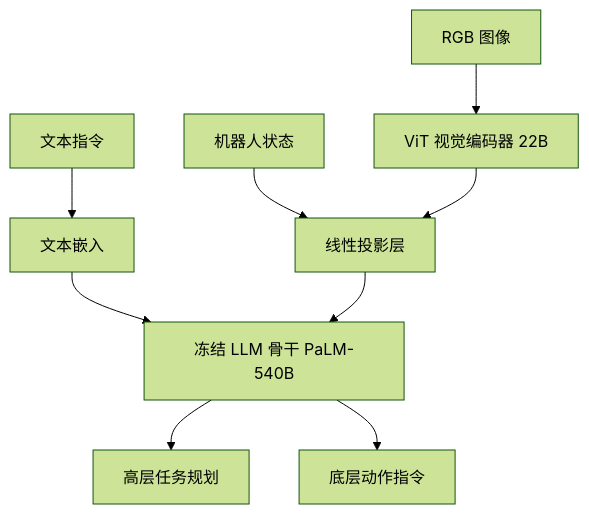
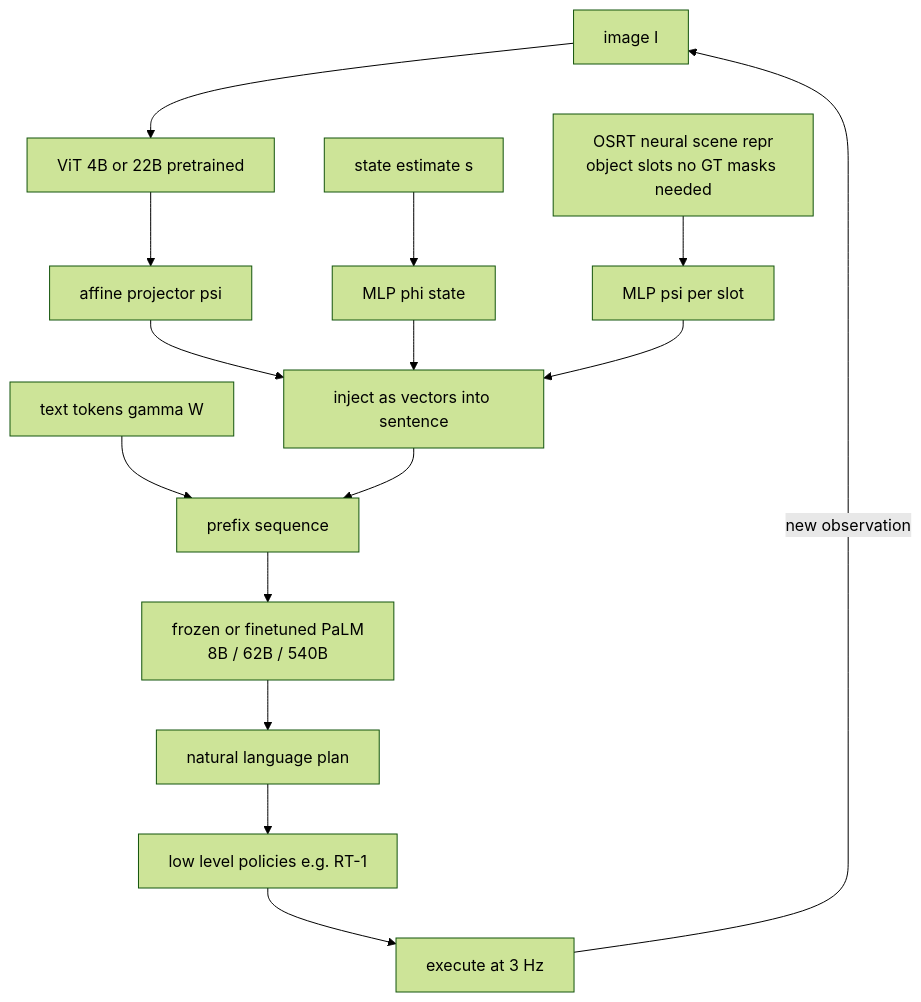
Before and after one commit to luohu-arch/physical_intelligence_study: the diagram in notes/reasoning/palm-e.md, drawn with Mermaid (forest theme). The commit also changed other lines of this file and 35 other files, not shown here.

````diff
--- a/notes/reasoning/palm-e.md
+++ b/notes/reasoning/palm-e.md
@@ -58,11 +49,17 @@
 ```mermaid
 graph TD
-    TXT[文本指令] --> EMB[文本嵌入]
-    IMG[RGB 图像] --> VIT[ViT 视觉编码器 22B]
-    STATE[机器人状态] --> PROJ[线性投影层]
-    VIT --> PROJ
-    EMB --> LLM[冻结 LLM 骨干 PaLM-540B]
-    PROJ --> LLM
-    LLM --> PLAN[高层任务规划]
-    LLM --> ACT[底层动作指令]
+    IMG[image I] --> VIT[ViT 4B or 22B pretrained]
+    VIT --> PSI[affine projector psi]
+    PSI --> INJ[inject as vectors into sentence]
+    STATE[state estimate s] --> MLP[MLP phi state]
+    OBJ[OSRT neural scene repr<br/>object slots no GT masks needed] --> PSISLOT[MLP psi per slot]
+    MLP --> INJ
+    PSISLOT --> INJ
+    TEXT[text tokens gamma W] --> SEQ[prefix sequence]
+    INJ --> SEQ
+    SEQ --> PALM[frozen or finetuned PaLM<br/>8B / 62B / 540B]
+    PALM --> OUT[natural language plan]
+    OUT --> POL[low level policies e.g. RT-1]
+    POL --> ROBOT[execute at 3 Hz]
+    ROBOT -->|new observation| IMG
 ```
````
